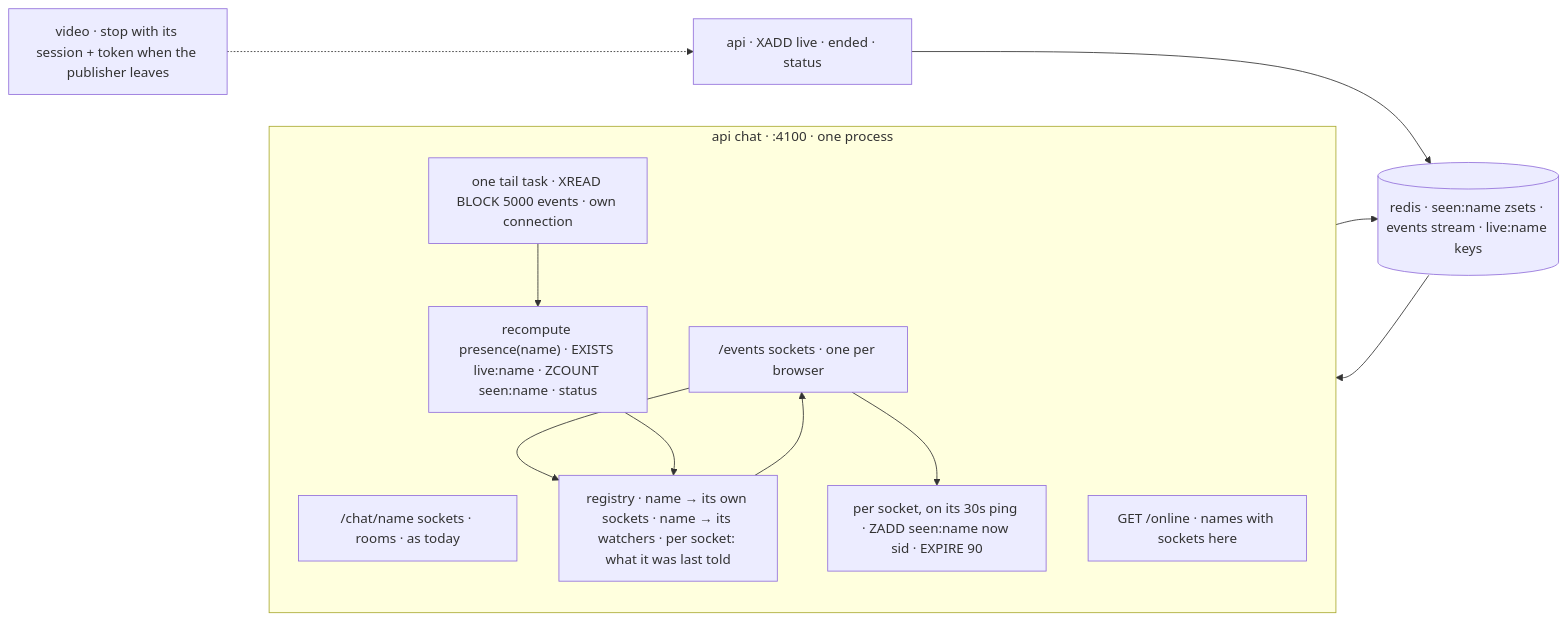
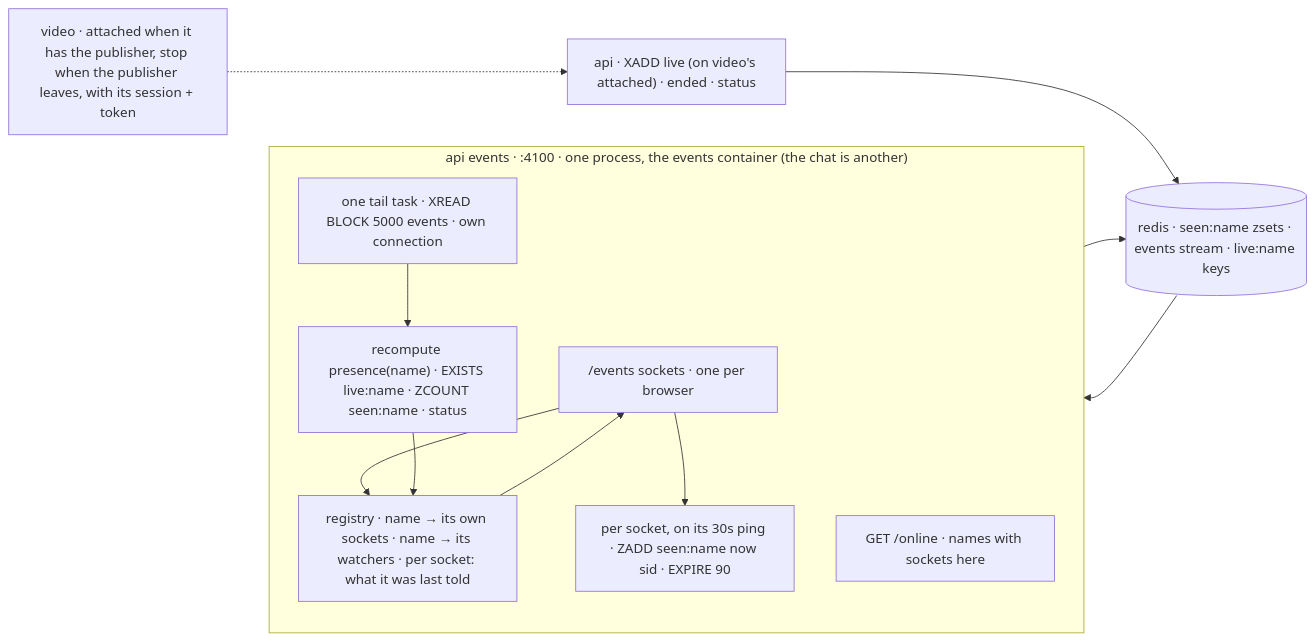
One commit to ZeroNerodaHero/slop-stream-architecture changed the third of 4 diagrams in docs/status.md. Above: the diagram before and after it, drawn with Mermaid. The commit also changed other lines of this file and 13 other files, not shown here.

````diff
--- a/docs/status.md
+++ b/docs/status.md
@@ -125,22 +130,21 @@
 ```mermaid
 flowchart LR
-  subgraph proc["api chat · :4100 · one process"]
+  subgraph proc["api events · :4100 · one process, the events container (the chat is another)"]
     direction TB
-    ch["/chat/name sockets · rooms · as today"]
     ev["/events sockets · one per browser"]
     reg["registry · name → its own sockets · name → its watchers · per socket: what it was last told"]
     tick["per socket, on its 30s ping · ZADD seen:name now sid · EXPIRE 90"]
     tail["one tail task · XREAD BLOCK 5000 events · own connection"]
     re["recompute presence(name) · EXISTS live:name · ZCOUNT seen:name · status"]
     online["GET /online · names with sockets here"]
   end
   redis[("redis · seen:name zsets · events stream · live:name keys")]
-  api["api · XADD live · ended · status"]
-  video["video · stop with its session + token when the publisher leaves"]
+  api["api · XADD live (on video's attached) · ended · status"]
+  video["video · attached when it has the publisher, stop when the publisher leaves, with its session + token"]
 
   ev --> reg
   ev --> tick --> redis
   api --> redis
   video -.-> api
   redis --> tail --> re --> reg --> ev
 ```
````
